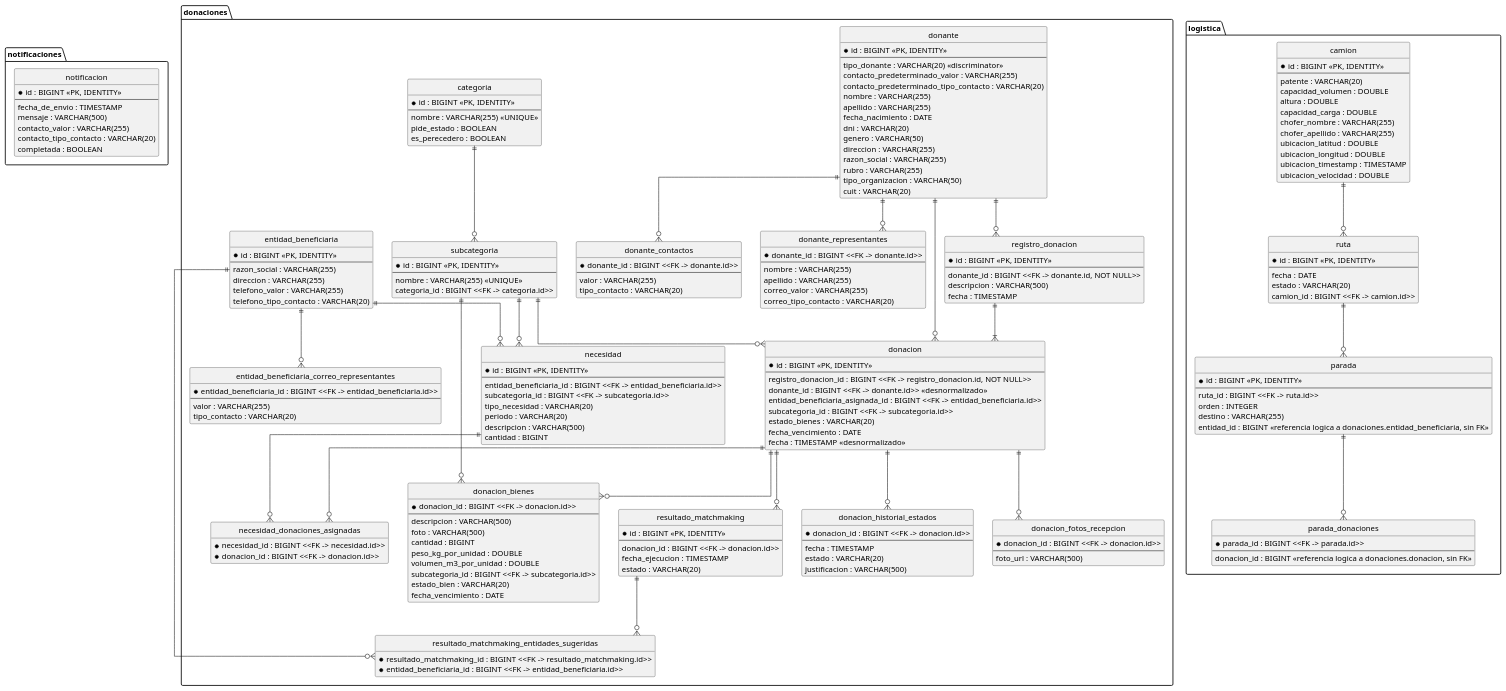
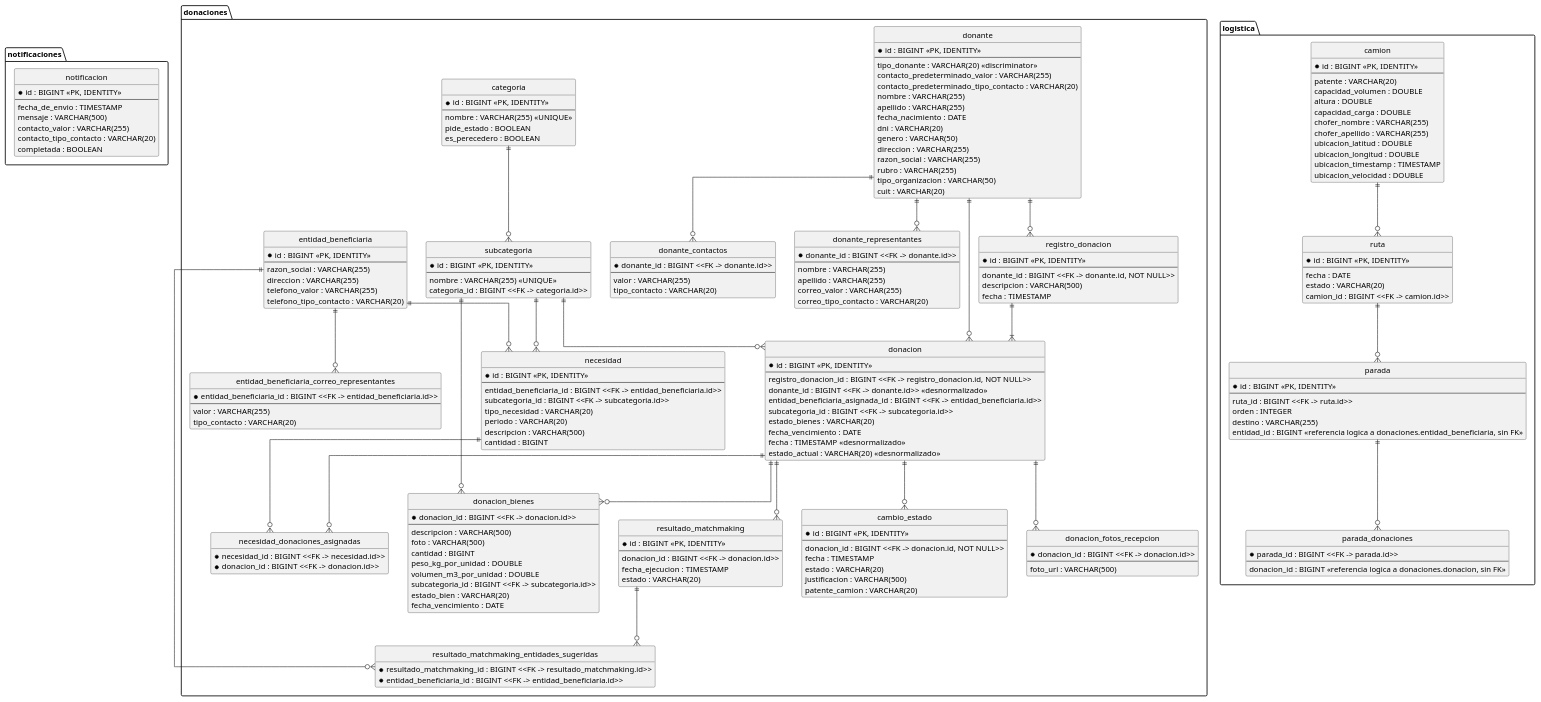
The diagram in documents/DiagramaER.puml (ttiagoc/dsi-tpa-2026-DonaTrack-g8), drawn with PlantUML before and after one commit. The commit also changed 33 other files, not shown here.

```diff
--- a/documents/DiagramaER.puml
+++ b/documents/DiagramaER.puml
@@ -148,6 +148,12 @@
   ' repiten del registro (derivables por JOIN) para que las consultas
   ' sobre donacion, la entidad mas consultada del sistema, no necesiten
   ' JOIN a registro_donacion. Ver JustificacionesDisenoRelacional.md.
+  ' estado_actual es la otra desnormalizacion: copia del estado de la
+  ' ultima fila de cambio_estado, mantenida por Donacion.registrarEstado().
+  ' Evita el subquery correlacionado que antes necesitaba buscarPorEstado
+  ' ("...where h.fecha = (select max(h2.fecha) ...)") y que estadoActual()
+  ' cargue el historial completo. La invariante "hay exactamente un estado
+  ' vigente" queda garantizada por ser una columna y no un flag por fila.
   entity donacion {
     * id : BIGINT <<PK, IDENTITY>>
     --
@@ -158,6 +164,7 @@
     estado_bienes : VARCHAR(20)
     fecha_vencimiento : DATE
     fecha : TIMESTAMP <<desnormalizado>>
+    estado_actual : VARCHAR(20) <<desnormalizado>>
   }
 
   registro_donacion ||--|{ donacion
@@ -166,19 +173,34 @@
 
   donacion ||--o{ donacion_bienes
 
-  ' CambioEstado: sin id propio, ningun endpoint devuelve el historial
-  ' completo (EstadoDonacionResponse solo usa el ultimo elemento), pero
-  ' es una lista append-only que crece con cada cambiarEstado() ->
-  ' @Embeddable + @ElementCollection, mismo patron que Bien.
-  entity donacion_historial_estados {
-    * donacion_id : BIGINT <<FK -> donacion.id>>
+  ' CambioEstado: entidad real con tabla propia (antes era @Embeddable +
+  ' @ElementCollection en donacion_historial_estados). Se cambio por dos
+  ' motivos, ninguno de performance:
+  '  1) Sin PK, Hibernate no puede direccionar una fila: ante cada
+  '     cambiarEstado() borraba TODAS las filas del historial de esa
+  '     donacion y las reinsertaba. Una tabla de auditoria que se
+  '     reescribe sola contradice el RNF 4 de TPA1 ("garantizar la
+  '     trazabilidad y auditoria de los estados de cada donacion").
+  '  2) Cada transicion lleva datos propios: TPA2 pide que la entrega
+  '     deje registrado que camion la realizo. Un @ElementCollection de
+  '     @Embeddable no admite polimorfismo, asi que no habia forma de
+  '     que una transicion tuviera atributos que las otras no tienen.
+  ' patente_camion queda NULL en toda transicion que no sea ENTREGADA.
+  ' Se modela por transicion y no como columna de donacion porque una
+  ' entrega fallida vuelve al deposito y se replanifica (TPA1 "Entrega
+  ' fallida" + TPA2 "nueva asignacion de ruta"): puede haber varios
+  ' intentos de entrega, cada uno con su camion.
+  entity cambio_estado {
+    * id : BIGINT <<PK, IDENTITY>>
     --
+    donacion_id : BIGINT <<FK -> donacion.id, NOT NULL>>
     fecha : TIMESTAMP
     estado : VARCHAR(20)
     justificacion : VARCHAR(500)
+    patente_camion : VARCHAR(20)
   }
 
-  donacion ||--o{ donacion_historial_estados
+  donacion ||--o{ cambio_estado
 
   ' fotosRecepcion: List<String> simple, sin identidad individual ->
   ' @ElementCollection de tipo basico (no hace falta @Embeddable).
@@ -271,10 +293,15 @@
   resultado_matchmaking ||--o{ resultado_matchmaking_entidades_sugeridas
   entidad_beneficiaria ||--o{ resultado_matchmaking_entidades_sugeridas
 
-  ' ComprobanteEntrega: NO se persiste. Solo existe dentro de
-  ' EventoEntregaExitosa (evento transitorio, ver GestorDeEventos),
-  ' nunca se guarda en Donacion ni en ninguna tabla: sin repositorio,
-  ' sin id, se descarta tras emitir el evento.
+  ' ComprobanteEntrega: NO se persiste como tal. Solo existe dentro de
+  ' EventoEntregaExitosa (evento transitorio, ver GestorDeEventos): sin
+  ' repositorio, sin id, se descarta tras emitir el evento, y su unico
+  ' uso es armar el texto de la notificacion.
+  ' OJO: su patenteCamion SI se persiste, pero por otra via: viaja por
+  ' Donacion.confirmarEntrega(patente, fecha) y queda en la fila de
+  ' cambio_estado de la transicion a ENTREGADA. Es lo que satisface el
+  ' "quedara registrado que camion realizo la entrega" de TPA2; antes
+  ' la patente terminaba solo en el mensaje de la notificacion.
 }
 
 ' ============================================================
```
